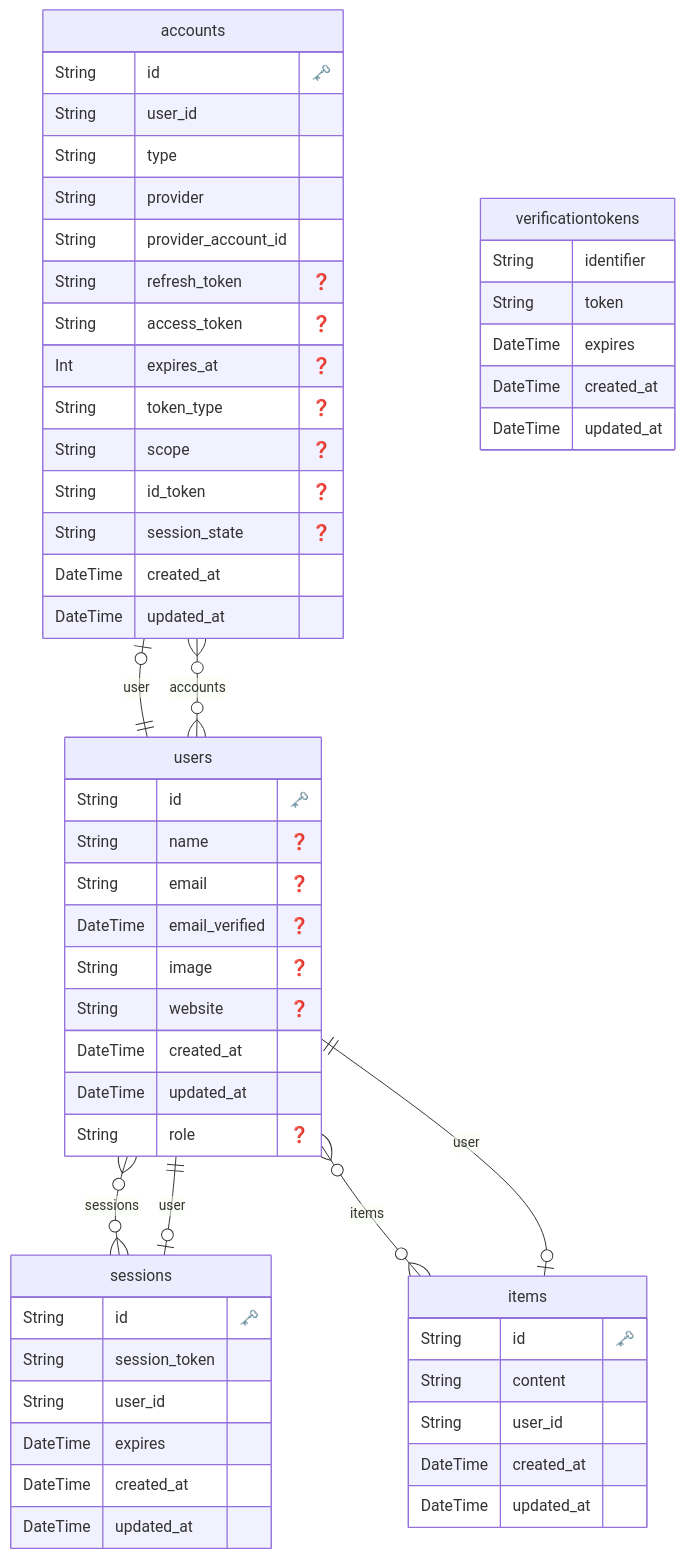
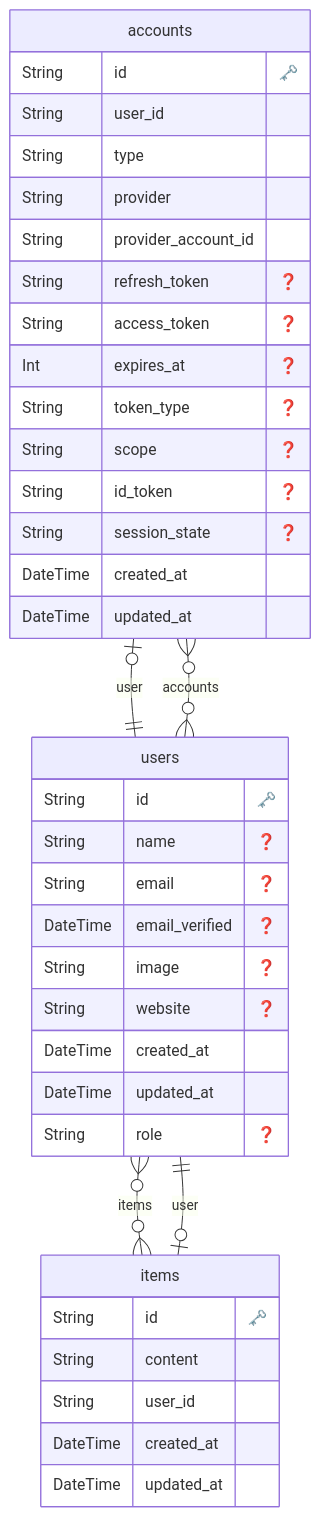
One commit to hiroppy/web-app-template changed the diagram in prisma/ERD.md. Above: the diagram before and after it, drawn with Mermaid. The commit also changed 14 other files, not shown here.

````diff
--- a/prisma/ERD.md
+++ b/prisma/ERD.md
@@ -1,68 +1,47 @@
 ```mermaid
 erDiagram
 
   "accounts" {
     String id "🗝️"
     String user_id
     String type
     String provider
     String provider_account_id
     String refresh_token "❓"
     String access_token "❓"
     Int expires_at "❓"
     String token_type "❓"
     String scope "❓"
     String id_token "❓"
     String session_state "❓"
     DateTime created_at
     DateTime updated_at
     }
 
 
-  "sessions" {
-    String id "🗝️"
-    String session_token
-    String user_id
-    DateTime expires
-    DateTime created_at
-    DateTime updated_at
-    }
-
-
   "users" {
     String id "🗝️"
     String name "❓"
     String email "❓"
     DateTime email_verified "❓"
     String image "❓"
     String website "❓"
     DateTime created_at
     DateTime updated_at
     String role "❓"
     }
 
 
-  "verificationtokens" {
-    String identifier
-    String token
-    DateTime expires
-    DateTime created_at
-    DateTime updated_at
-    }
-
-
   "items" {
     String id "🗝️"
     String content
     String user_id
     DateTime created_at
     DateTime updated_at
     }
 
     "accounts" o|--|| "users" : "user"
-    "sessions" o|--|| "users" : "user"
     "users" o{--}o "accounts" : "accounts"
-    "users" o{--}o "sessions" : "sessions"
     "users" o{--}o "items" : "items"
     "items" o|--|| "users" : "user"
 ```
````
